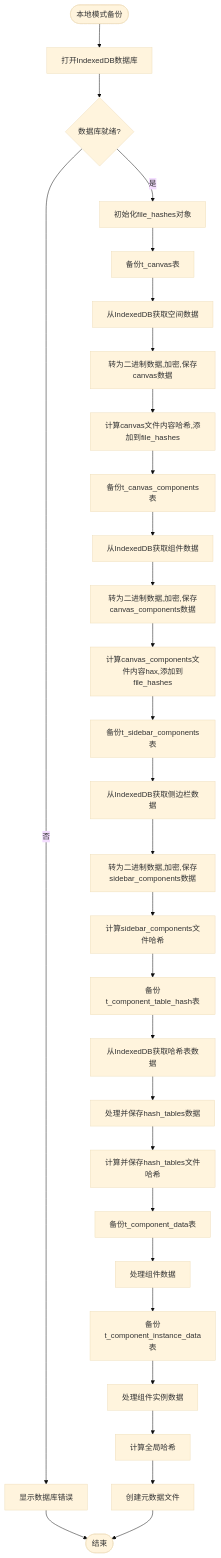
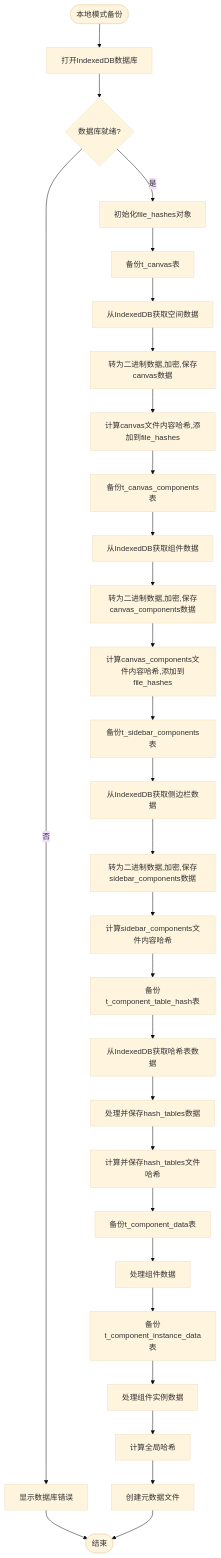
The diagram in all/未命名-56.md (yingjianzh/iodraw-files), drawn with Mermaid (base theme) before and after one commit.

Commit message:
2025-05-12 14:15:43 update

````diff
--- a/all/未命名-56.md
+++ b/all/未命名-56.md
@@ -1,44 +1,44 @@
 ```mermaid
 
 flowchart TD
     Start([本地模式备份]) --> OpenDB[打开IndexedDB数据库]
     OpenDB --> DBReady{数据库就绪?}
     
     DBReady -->|否| ShowDBError[显示数据库错误]
     DBReady -->|是| InitHashObject[初始化file_hashes对象]
     
     ShowDBError --> End([结束])
     
     InitHashObject --> BackupCanvas[备份t_canvas表]
     BackupCanvas --> GetCanvasFromDB[从IndexedDB获取空间数据]
     GetCanvasFromDB --> ProcessCanvasFile[转为二进制数据,加密,保存canvas数据]
     ProcessCanvasFile --> AddCanvasHash[计算canvas文件内容哈希,添加到file_hashes]
     
     AddCanvasHash --> BackupCanvasComps[备份t_canvas_components表]
     BackupCanvasComps --> GetCanvasCompsFromDB[从IndexedDB获取组件数据]
     GetCanvasCompsFromDB --> ProcessCanvasCompsFile[转为二进制数据,加密,保存canvas_components数据]
-    ProcessCanvasCompsFile --> AddCanvasCompsHash[计算canvas_components文件内容hax,添加到file_hashes]
+    ProcessCanvasCompsFile --> AddCanvasCompsHash[计算canvas_components文件内容哈希,添加到file_hashes]
     
     AddCanvasCompsHash --> BackupSidebarComps[备份t_sidebar_components表]
     BackupSidebarComps --> GetSidebarCompsFromDB[从IndexedDB获取侧边栏数据]
     GetSidebarCompsFromDB --> ProcessSidebarCompsFile[转为二进制数据,加密,保存sidebar_components数据]
-    ProcessSidebarCompsFile --> AddSidebarCompsHash[计算sidebar_components文件哈希]
+    ProcessSidebarCompsFile --> AddSidebarCompsHash[计算sidebar_components文件内容哈希]
     
     AddSidebarCompsHash --> BackupHashTables[备份t_component_table_hash表]
     BackupHashTables --> GetHashTablesFromDB[从IndexedDB获取哈希表数据]
     GetHashTablesFromDB --> ProcessHashTablesFile[处理并保存hash_tables数据]
     ProcessHashTablesFile --> AddHashTablesHash[计算并保存hash_tables文件哈希]
     
     AddHashTablesHash --> BackupCompData[备份t_component_data表]
     BackupCompData --> ProcessCompData[处理组件数据]
     
     ProcessCompData --> BackupInstData[备份t_component_instance_data表]
     BackupInstData --> ProcessInstData[处理组件实例数据]
     
     ProcessInstData --> CalculateGlobalHash[计算全局哈希]
     CalculateGlobalHash --> CreateMetadataFile[创建元数据文件]
     
     CreateMetadataFile --> End
 
 
 ```
````
